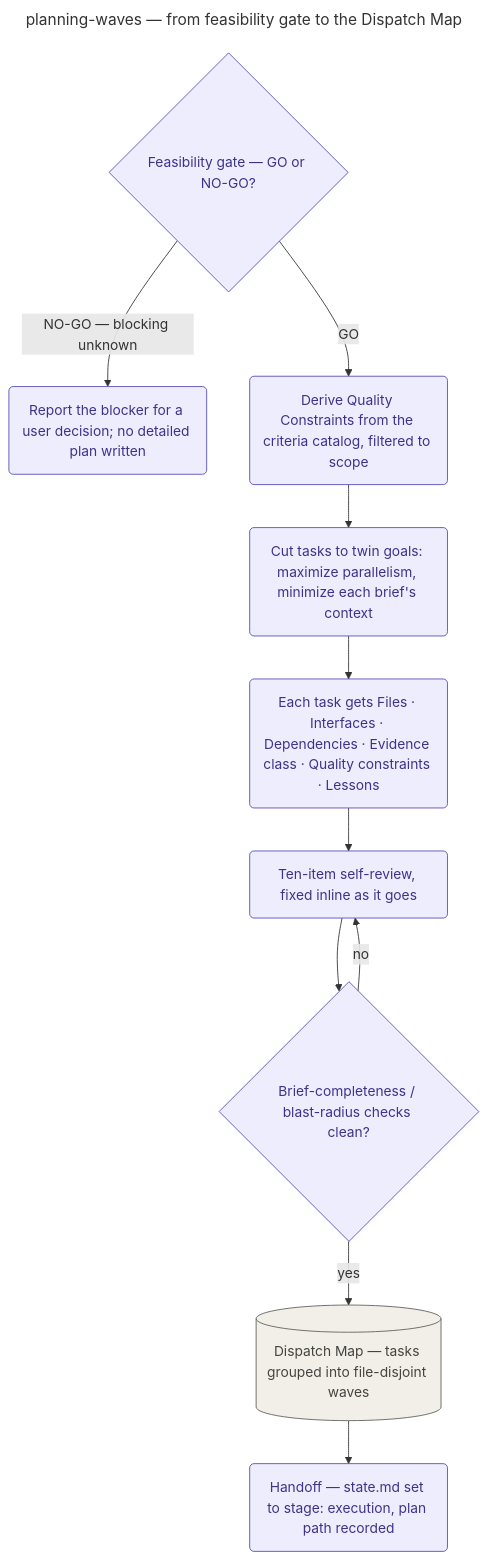
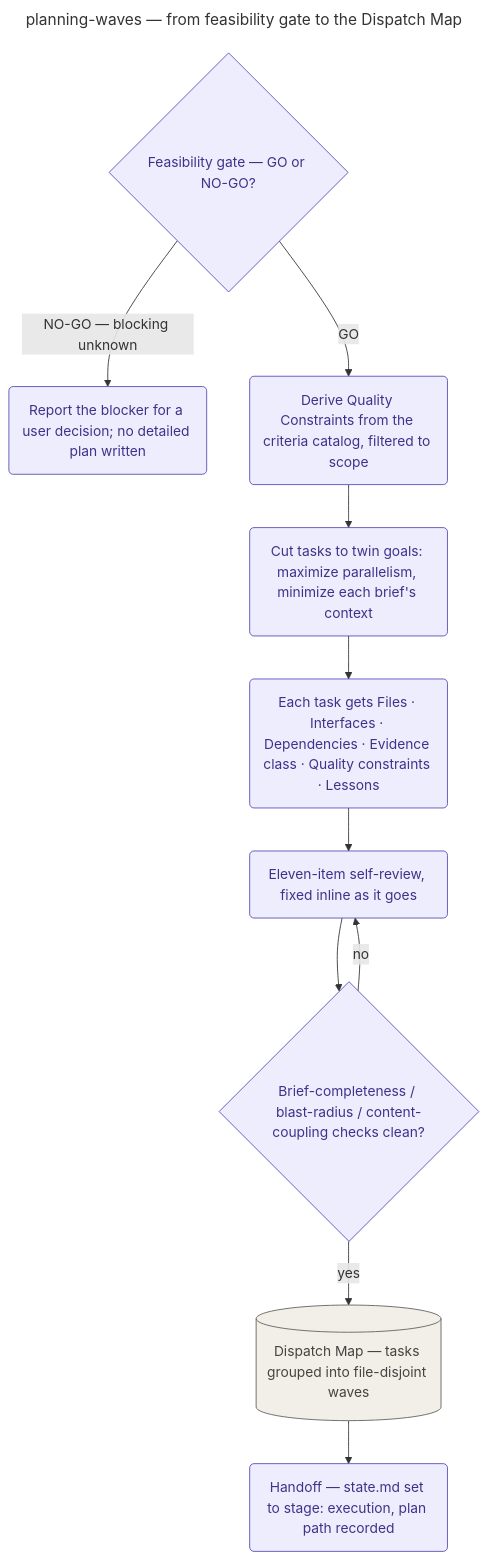
One commit to KonstantinRoehrl/devcycle changed the diagram in docs/playbooks/planning-waves/README.md. Above: the diagram before and after it, drawn with Mermaid. The commit also changed other lines of this file and 27 other files, not shown here.

````diff
--- a/docs/playbooks/planning-waves/README.md
+++ b/docs/playbooks/planning-waves/README.md
@@ -50,21 +54,21 @@
 ```mermaid
 ---
 title: planning-waves — from feasibility gate to the Dispatch Map
 accDescr: Playbook-internal flowchart of the planning stage, from the feasibility gate's GO/NO-GO verdict through quality-constraint derivation, task cutting to the twin goals of parallelism and minimal context, the ten-item self-review gate, the Dispatch Map, and the handoff to execution.
 ---
 flowchart TD
     FEAS{"Feasibility gate — GO or NO-GO?"}:::stage
     FEAS -->|"NO-GO — blocking unknown"| REPORT("Report the blocker for a user decision; no detailed plan written"):::stage
     FEAS -->|GO| QC("Derive Quality Constraints from the criteria catalog, filtered to scope"):::stage
     QC --> CUT("Cut tasks to twin goals: maximize parallelism, minimize each brief's context"):::stage
     CUT --> TASK("Each task gets Files · Interfaces · Dependencies · Evidence class · Quality constraints · Lessons"):::stage
-    TASK --> SELFREVIEW("Ten-item self-review, fixed inline as it goes"):::stage
-    SELFREVIEW --> GATE{"Brief-completeness / blast-radius checks clean?"}:::stage
+    TASK --> SELFREVIEW("Eleven-item self-review, fixed inline as it goes"):::stage
+    SELFREVIEW --> GATE{"Brief-completeness / blast-radius / content-coupling checks clean?"}:::stage
     GATE -->|no| SELFREVIEW
     GATE -->|yes| MAP[("Dispatch Map — tasks grouped into file-disjoint waves")]:::structural
     MAP --> HANDOFF("Handoff — state.md set to stage: execution, plan path recorded"):::stage
 
     classDef stage fill:#EEEDFE,stroke:#534AB7,color:#3C3489;
     classDef tool fill:#E1F5EE,stroke:#0F6E56,color:#085041,stroke-dasharray:5 5;
     classDef structural fill:#F1EFE8,stroke:#5F5E5A,color:#444441;
 ```
````
